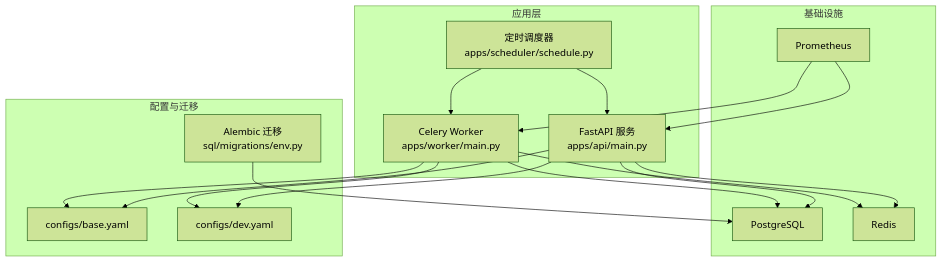
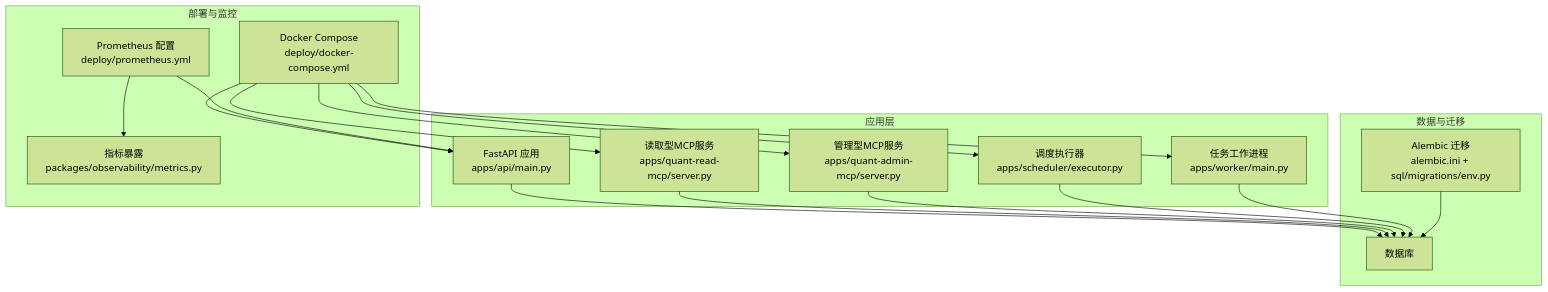
One commit to DeathLimbo/quan_mcp changed the first of 7 diagrams in .qoder/repowiki/zh/content/项目概述/技术栈概览.md. Above: the diagram before and after it, drawn with Mermaid (forest theme). The commit also changed other lines of this file and 238 other files, not shown here.

````diff
--- a/.qoder/repowiki/zh/content/项目概述/技术栈概览.md
+++ b/.qoder/repowiki/zh/content/项目概述/技术栈概览.md
@@ -55,31 +53,32 @@
 ```mermaid
 graph TB
 subgraph "应用层"
-API["FastAPI 服务<br/>apps/api/main.py"]
-Worker["Celery Worker<br/>apps/worker/main.py"]
-Scheduler["定时调度器<br/>apps/scheduler/schedule.py"]
+API["FastAPI 应用<br/>apps/api/main.py"]
+MCPRead["读取型MCP服务<br/>apps/quant-read-mcp/server.py"]
+MCPAdmin["管理型MCP服务<br/>apps/quant-admin-mcp/server.py"]
+Scheduler["调度执行器<br/>apps/scheduler/executor.py"]
+Worker["任务工作进程<br/>apps/worker/main.py"]
 end
-subgraph "基础设施"
-DB["PostgreSQL"]
-Cache["Redis"]
-Prom["Prometheus"]
+subgraph "数据与迁移"
+DB["数据库"]
+Alembic["Alembic 迁移<br/>alembic.ini + sql/migrations/env.py"]
 end
-subgraph "配置与迁移"
-ConfBase["configs/base.yaml"]
-ConfDev["configs/dev.yaml"]
-Alembic["Alembic 迁移<br/>sql/migrations/env.py"]
+subgraph "部署与监控"
+Docker["Docker Compose<br/>deploy/docker-compose.yml"]
+Prometheus["Prometheus 配置<br/>deploy/prometheus.yml"]
+Metrics["指标暴露<br/>packages/observability/metrics.py"]
 end
 API --> DB
-API --> Cache
+MCPRead --> DB
+MCPAdmin --> DB
+Scheduler --> DB
 Worker --> DB
-Worker --> Cache
-Scheduler --> API
-Scheduler --> Worker
-Prom --> API
-Prom --> Worker
-API --> ConfBase
-API --> ConfDev
-Worker --> ConfBase
-Worker --> ConfDev
 Alembic --> DB
+Docker --> API
+Docker --> MCPRead
+Docker --> MCPAdmin
+Docker --> Scheduler
+Docker --> Worker
+Prometheus --> API
+Prometheus --> Metrics
 ```
````
